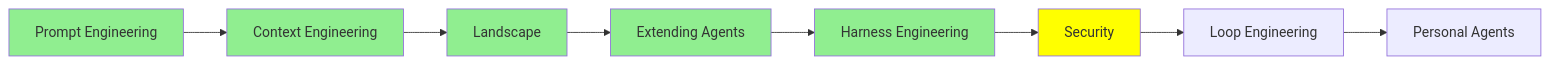
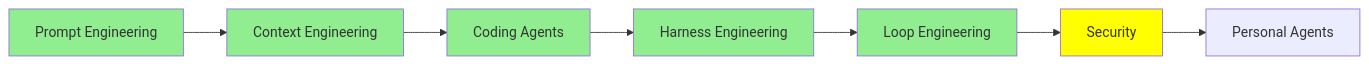
One commit to lokumai/ai-engineering-bazaar changed the third of 3 diagrams in mini-courses/2_intermediate/security.md. Above: the diagram before and after it, drawn with Mermaid. The commit also changed 23 other files, not shown here.

````diff
--- a/mini-courses/2_intermediate/security.md
+++ b/mini-courses/2_intermediate/security.md
@@ -259,16 +259,15 @@
 ```mermaid
 graph LR
     A[Prompt Engineering] --> B[Context Engineering]
-    B --> C[Landscape]
-    C --> D[Extending Agents]
-    D --> E[Harness Engineering]
+    B --> C[Coding Agents]
+    C --> D[Harness Engineering]
+    D --> E[Loop Engineering]
     E --> F[Security]
-    F --> G[Loop Engineering]
-    G --> H[Personal Agents]
+    F --> G[Personal Agents]
     style A fill:#90EE90
     style B fill:#90EE90
     style C fill:#90EE90
     style D fill:#90EE90
     style E fill:#90EE90
     style F fill:#FFFF00
 ```
````
